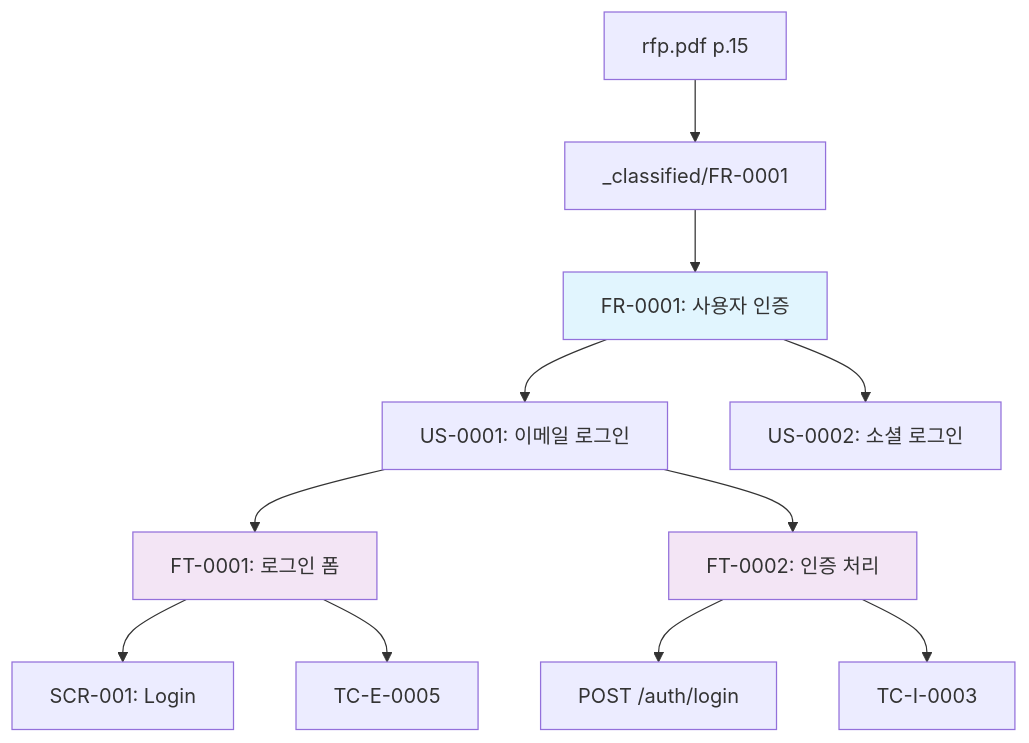
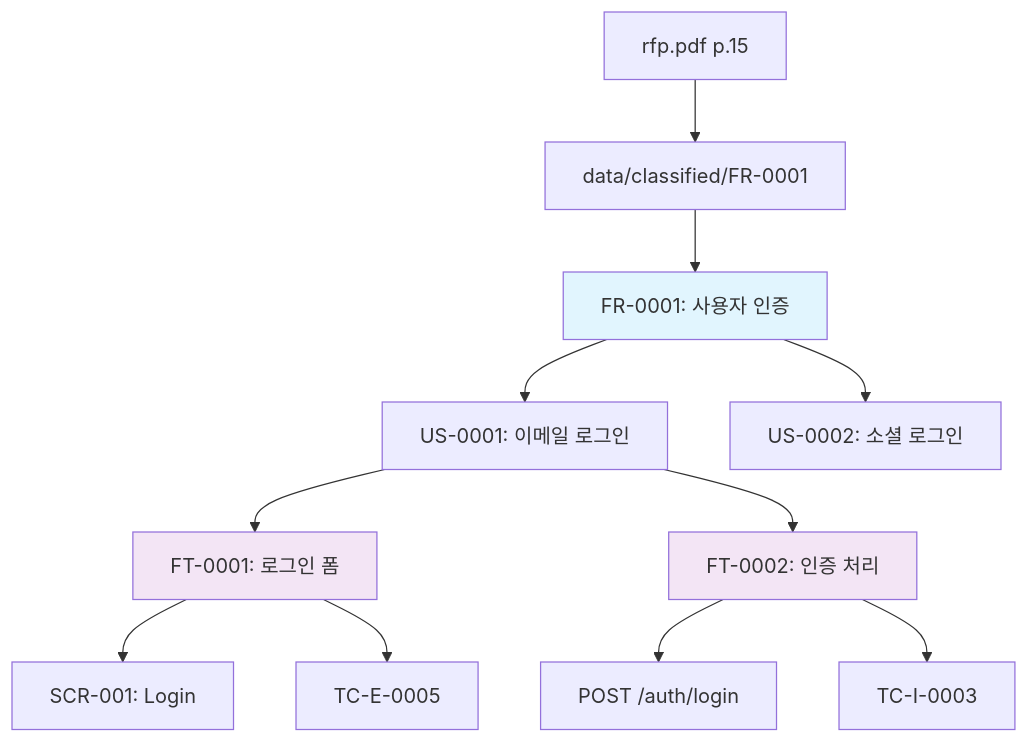
Before and after one commit to upleat-ax/u-maker-plugin: the diagram in skills/u-trace/SKILL.md, drawn with Mermaid. The commit also changed other lines of this file and 56 other files, not shown here.

````diff
--- a/skills/u-trace/SKILL.md
+++ b/skills/u-trace/SKILL.md
@@ -196,17 +196,17 @@
 ```mermaid
 graph TD
-    RAW["rfp.pdf p.15"] --> CLS["_classified/FR-0001"]
+    RAW["rfp.pdf p.15"] --> CLS["data/classified/FR-0001"]
     CLS --> FR["FR-0001: 사용자 인증"]
     FR --> US1["US-0001: 이메일 로그인"]
     FR --> US2["US-0002: 소셜 로그인"]
     US1 --> FT1["FT-0001: 로그인 폼"]
     US1 --> FT2["FT-0002: 인증 처리"]
     FT1 --> SCR["SCR-001: Login"]
     FT1 --> TC1["TC-E-0005"]
     FT2 --> API["POST /auth/login"]
     FT2 --> TC2["TC-I-0003"]
 
     style FR fill:#e1f5fe
     style FT1 fill:#f3e5f5
     style FT2 fill:#f3e5f5
 ```
````
